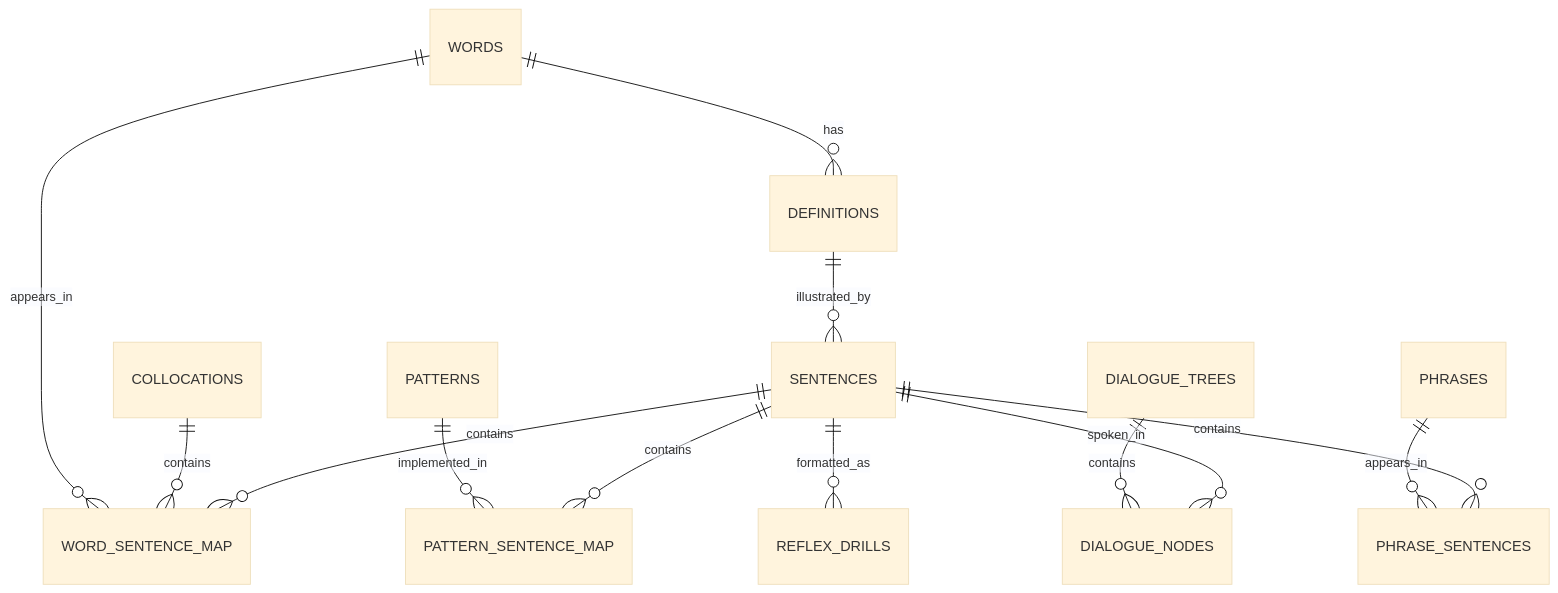
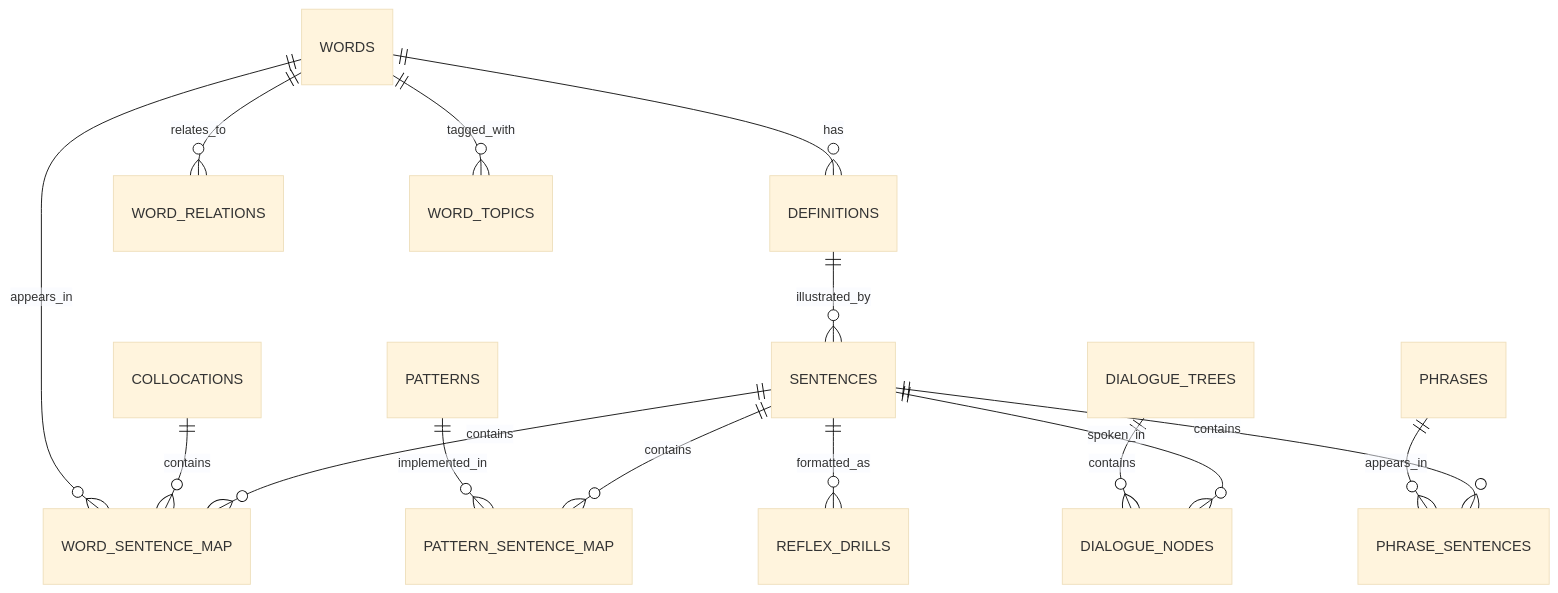
Before and after one commit to hoojinguyen/vocab-craft-engine: the diagram in docs/dataset_system_architecture.md, drawn with Mermaid (base theme). The commit also changed other lines of this file and 1 other file, not shown here.

Commit message:
docs: Step 4H lexical relations and topics pipeline documentation

````diff
--- a/docs/dataset_system_architecture.md
+++ b/docs/dataset_system_architecture.md
@@ -25,15 +25,17 @@
 ```mermaid
 erDiagram
     WORDS ||--o{ DEFINITIONS : has
     WORDS ||--o{ WORD_SENTENCE_MAP : appears_in
     COLLOCATIONS ||--o{ WORD_SENTENCE_MAP : contains
     DEFINITIONS ||--o{ SENTENCES : illustrated_by
     PATTERNS ||--o{ PATTERN_SENTENCE_MAP : implemented_in
     SENTENCES ||--o{ WORD_SENTENCE_MAP : contains
     SENTENCES ||--o{ PATTERN_SENTENCE_MAP : contains
     SENTENCES ||--o{ REFLEX_DRILLS : formatted_as
     DIALOGUE_TREES ||--o{ DIALOGUE_NODES : contains
     SENTENCES ||--o{ DIALOGUE_NODES : spoken_in
     PHRASES ||--o{ PHRASE_SENTENCES : appears_in
     SENTENCES ||--o{ PHRASE_SENTENCES : contains
+    WORDS ||--o{ WORD_RELATIONS : relates_to
+    WORDS ||--o{ WORD_TOPICS : tagged_with
 ```
````
